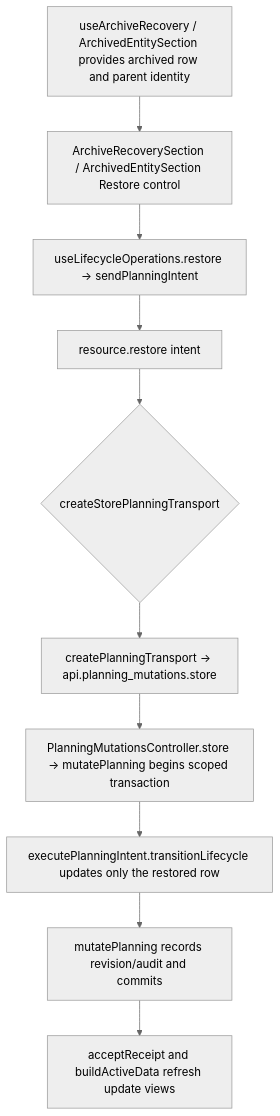
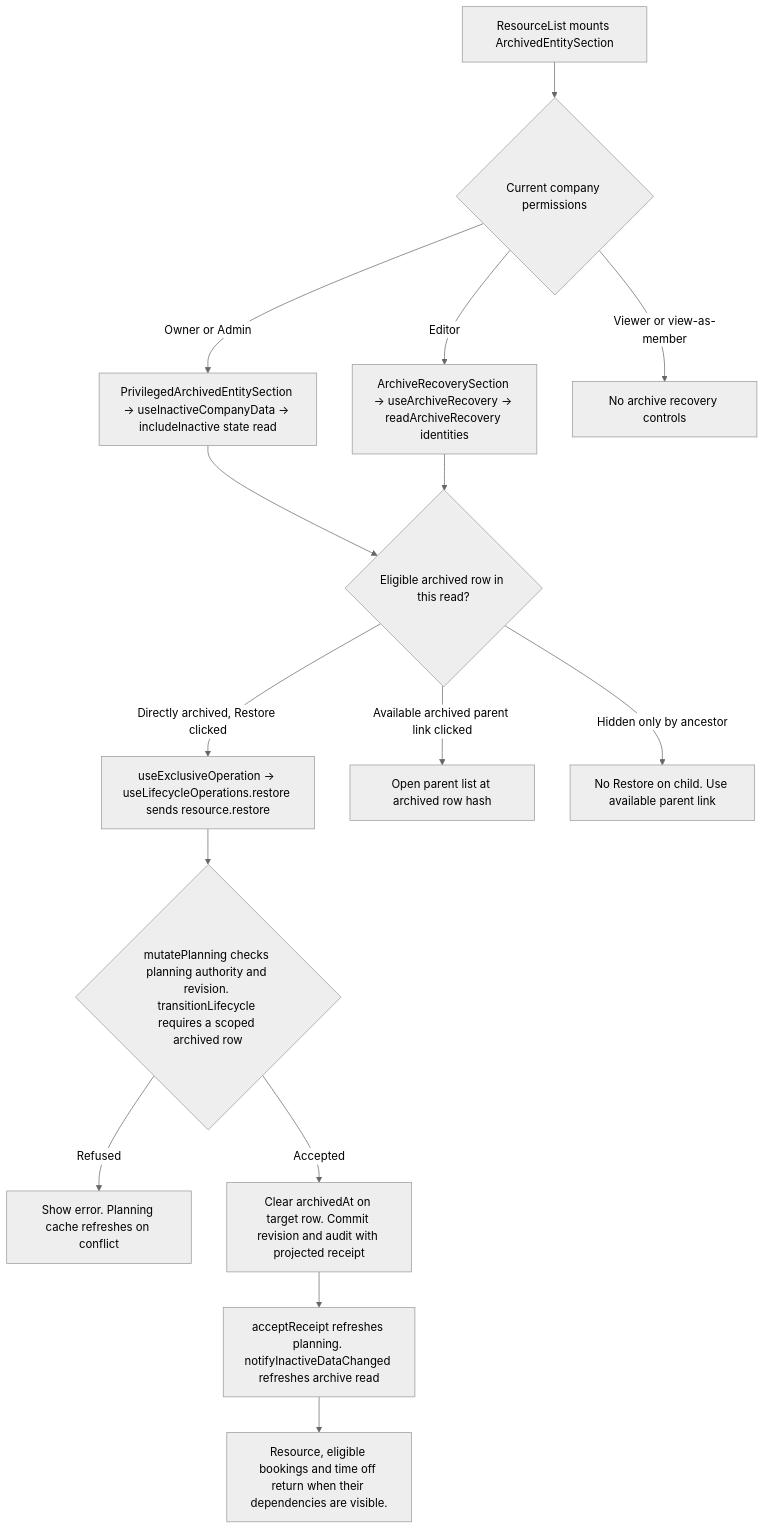
One commit to Kevinjohn/capacitylens changed the second of 2 diagrams in user-stories/resources/US-RES-13-restore-resource.md. Above: the diagram before and after it, drawn with Mermaid (neutral theme). The commit also changed other lines of this file and 172 other files, not shown here.

Commit message:
docs: reconcile user story code flows with source

````diff
--- a/user-stories/resources/US-RES-13-restore-resource.md
+++ b/user-stories/resources/US-RES-13-restore-resource.md
@@ -28,8 +28,17 @@
 ```mermaid
 flowchart TD
-  A["useArchiveRecovery / ArchivedEntitySection provides archived row and parent identity"] --> B["ArchiveRecoverySection / ArchivedEntitySection Restore control"]
-  B --> C["useLifecycleOperations.restore → sendPlanningIntent"] --> D["resource.restore intent"]
-  D --> E{"createStorePlanningTransport"}
-  E --> F["createPlanningTransport → api.planning_mutations.store"] --> G["PlanningMutationsController.store → mutatePlanning begins scoped transaction"]
-  G --> H["executePlanningIntent.transitionLifecycle updates only the restored row"] --> K["mutatePlanning records revision/audit and commits"] --> J["acceptReceipt and buildActiveData refresh update views"]
+  ENTRY["ResourceList mounts ArchivedEntitySection"] --> ROLE{"Current company permissions"}
+  ROLE -->|Owner or Admin| FULL["PrivilegedArchivedEntitySection → useInactiveCompanyData → includeInactive state read"]
+  ROLE -->|Editor| REDACTED["ArchiveRecoverySection → useArchiveRecovery → readArchiveRecovery identities"]
+  ROLE -->|Viewer or view-as-member| HIDDEN["No archive recovery controls"]
+  FULL --> ROW{"Eligible archived row in this read?"}
+  REDACTED --> ROW
+  ROW -->|Directly archived, Restore clicked| SEND["useExclusiveOperation → useLifecycleOperations.restore sends resource.restore"]
+  ROW -->|Available archived parent link clicked| PARENT["Open parent list at archived row hash"]
+  ROW -->|Hidden only by ancestor| ANCESTOR["No Restore on child. Use available parent link"]
+  SEND --> SERVER{"mutatePlanning checks planning authority and revision. transitionLifecycle requires a scoped archived row"}
+  SERVER -->|Refused| ERROR["Show error. Planning cache refreshes on conflict"]
+  SERVER -->|Accepted| WRITE["Clear archivedAt on target row. Commit revision and audit with projected receipt"]
+  WRITE --> NEXT["acceptReceipt refreshes planning. notifyInactiveDataChanged refreshes archive read"]
+  NEXT --> RESULT["Resource, eligible bookings and time off return when their dependencies are visible."]
 ```
````
